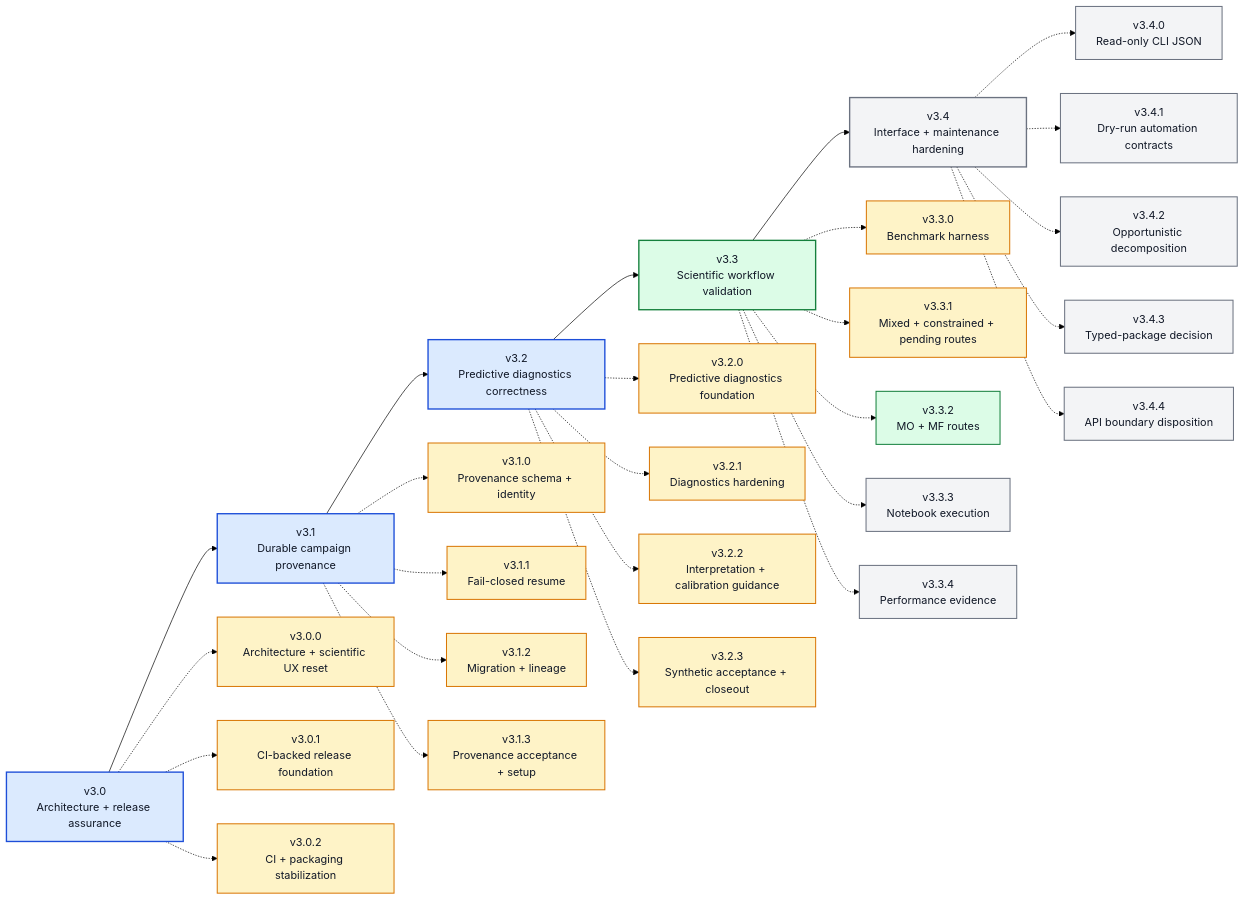
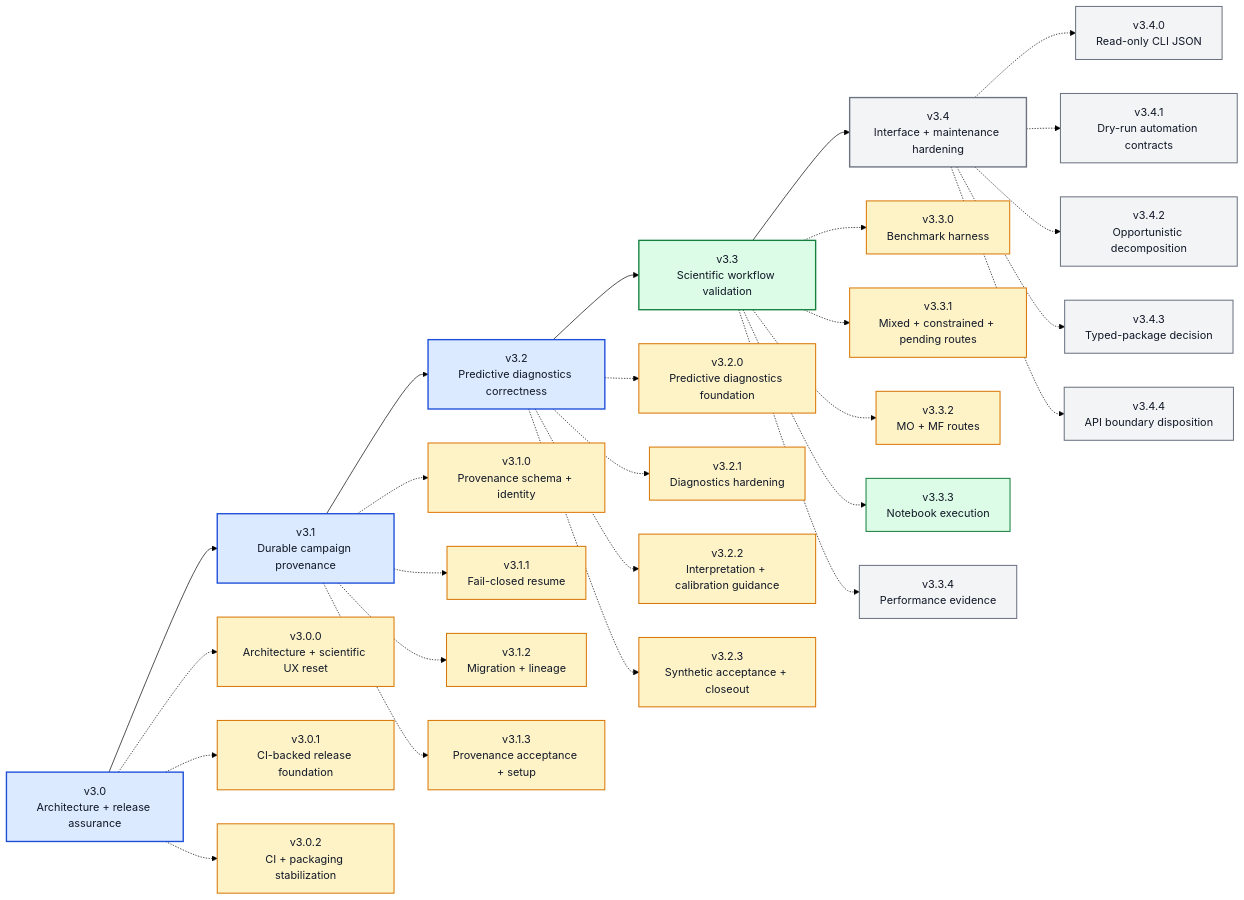
One commit to angzeli/bo-forge changed the diagram in ROADMAP_V3_X.md. Above: the diagram before and after it, drawn with Mermaid (forest theme). The commit also changed other lines of this file and 41 other files, not shown here.

````diff
--- a/ROADMAP_V3_X.md
+++ b/ROADMAP_V3_X.md
@@ -20,65 +24,65 @@
 ```mermaid
 flowchart LR
     v30["v3.0<br/>Architecture + release assurance"] --> v31["v3.1<br/>Durable campaign provenance"] --> v32["v3.2<br/>Predictive diagnostics correctness"] --> v33["v3.3<br/>Scientific workflow validation"] --> v34["v3.4<br/>Interface + maintenance hardening"]
 
     v300["v3.0.0<br/>Architecture + scientific UX reset"]
     v301["v3.0.1<br/>CI-backed release foundation"]
     v302["v3.0.2<br/>CI + packaging stabilization"]
     v310["v3.1.0<br/>Provenance schema + identity"]
     v311["v3.1.1<br/>Fail-closed resume"]
     v312["v3.1.2<br/>Migration + lineage"]
     v313["v3.1.3<br/>Provenance acceptance + setup"]
     v320["v3.2.0<br/>Predictive diagnostics foundation"]
     v321["v3.2.1<br/>Diagnostics hardening"]
     v322["v3.2.2<br/>Interpretation + calibration guidance"]
     v323["v3.2.3<br/>Synthetic acceptance + closeout"]
     v330["v3.3.0<br/>Benchmark harness"]
     v331["v3.3.1<br/>Mixed + constrained + pending routes"]
     v332["v3.3.2<br/>MO + MF routes"]
     v333["v3.3.3<br/>Notebook execution"]
     v334["v3.3.4<br/>Performance evidence"]
     v340["v3.4.0<br/>Read-only CLI JSON"]
     v341["v3.4.1<br/>Dry-run automation contracts"]
     v342["v3.4.2<br/>Opportunistic decomposition"]
     v343["v3.4.3<br/>Typed-package decision"]
     v344["v3.4.4<br/>API boundary disposition"]
 
     v30 -.-> v300
     v30 -.-> v301
     v30 -.-> v302
     v31 -.-> v310
     v31 -.-> v311
     v31 -.-> v312
     v31 -.-> v313
     v32 -.-> v320
     v32 -.-> v321
     v32 -.-> v322
     v32 -.-> v323
     v33 -.-> v330
     v33 -.-> v331
     v33 -.-> v332
     v33 -.-> v333
     v33 -.-> v334
     v34 -.-> v340
     v34 -.-> v341
     v34 -.-> v342
     v34 -.-> v343
     v34 -.-> v344
 
     class v30,v31,v32 majorDone
     class v33 majorActive
     class v34 majorFuture
     class v300,v301,v302 patchDone
     class v310,v311,v312,v313 patchDone
     class v320,v321,v322,v323 patchDone
-    class v330,v331 patchDone
-    class v332 patchActive
-    class v333,v334,v340,v341,v342,v343,v344 patchFuture
+    class v330,v331,v332 patchDone
+    class v333 patchActive
+    class v334,v340,v341,v342,v343,v344 patchFuture
 
     classDef majorDone fill:#dbeafe,stroke:#1d4ed8,stroke-width:2px,color:#111827;
     classDef majorActive fill:#dcfce7,stroke:#15803d,stroke-width:2px,color:#111827;
     classDef majorFuture fill:#f3f4f6,stroke:#6b7280,stroke-width:2px,color:#111827;
     classDef patchDone fill:#fef3c7,stroke:#d97706,stroke-width:1.5px,color:#111827;
     classDef patchActive fill:#dcfce7,stroke:#15803d,stroke-width:1.5px,color:#111827;
     classDef patchFuture fill:#f3f4f6,stroke:#6b7280,stroke-width:1.5px,color:#111827;
 ```
````
